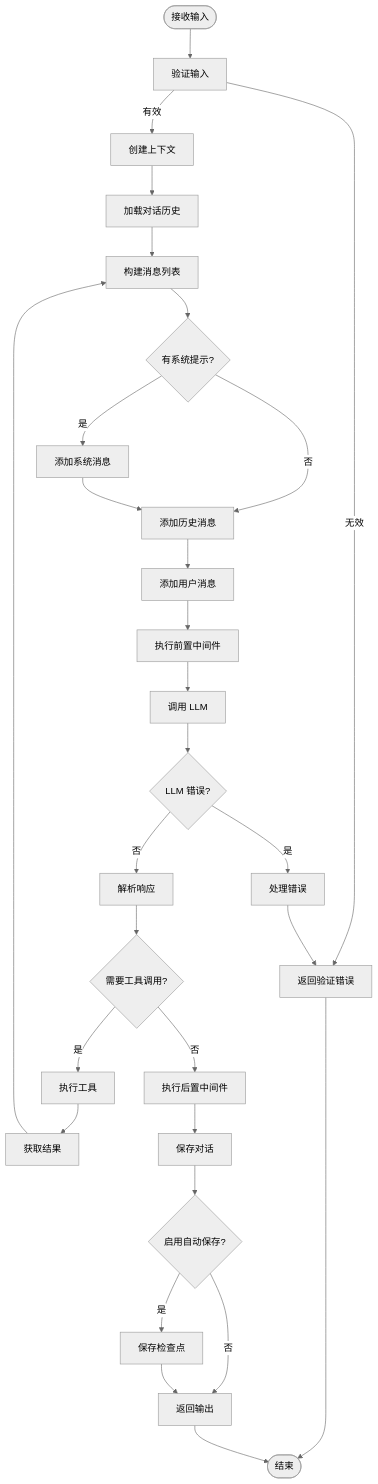
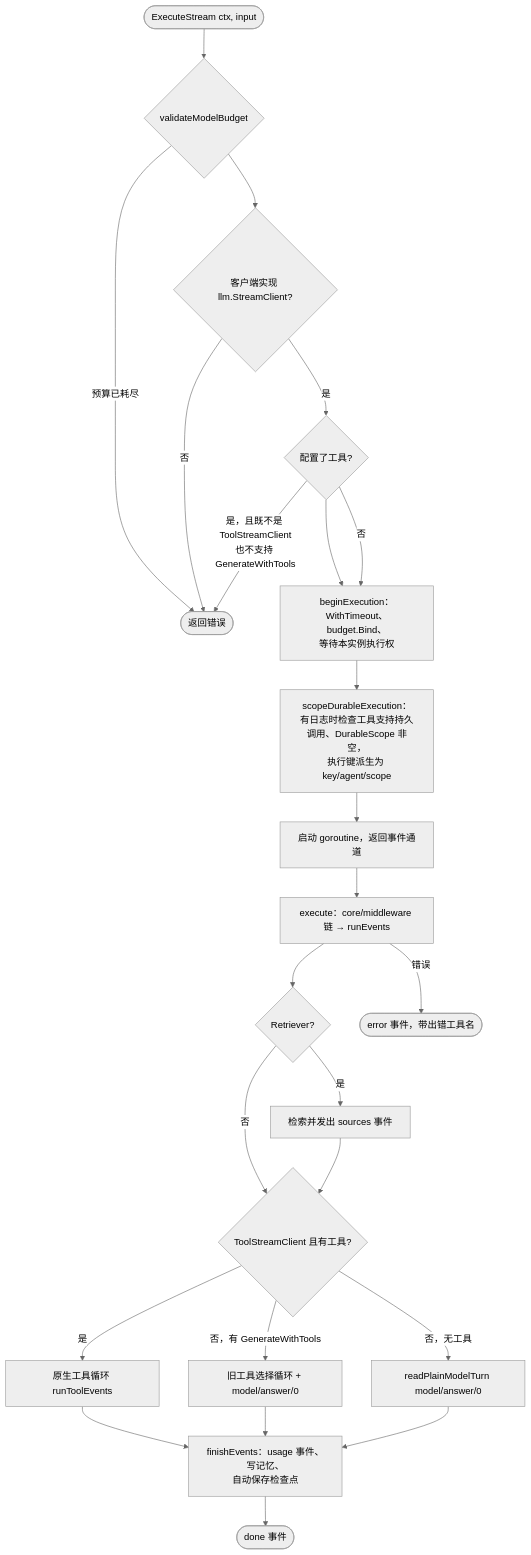
One commit to kart-io/goagent changed the first of 5 diagrams in docs/design/FLOW_DIAGRAMS.md. Above: the diagram before and after it, drawn with Mermaid (neutral theme). The commit also changed other lines of this file and 87 other files, not shown here.

````diff
--- a/docs/design/FLOW_DIAGRAMS.md
+++ b/docs/design/FLOW_DIAGRAMS.md
@@ -44,39 +9,26 @@
 ```mermaid
 flowchart TB
-    INPUT([接收输入]) --> VALIDATE[验证输入]
-    VALIDATE -->|无效| ERROR[返回验证错误]
-    VALIDATE -->|有效| CONTEXT[创建上下文]
-
-    CONTEXT --> LOAD_HISTORY[加载对话历史]
-    LOAD_HISTORY --> BUILD_MSG[构建消息列表]
-
-    BUILD_MSG --> ADD_SYSTEM{有系统提示?}
-    ADD_SYSTEM -->|是| SYSTEM[添加系统消息]
-    ADD_SYSTEM -->|否| HISTORY
-    SYSTEM --> HISTORY[添加历史消息]
-
-    HISTORY --> ADD_USER[添加用户消息]
-    ADD_USER --> MW_BEFORE[执行前置中间件]
-
-    MW_BEFORE --> LLM[调用 LLM]
-    LLM --> LLM_ERROR{LLM 错误?}
-    LLM_ERROR -->|是| HANDLE_ERROR[处理错误]
-    LLM_ERROR -->|否| PARSE[解析响应]
-
-    PARSE --> TOOL_CALL{需要工具调用?}
-    TOOL_CALL -->|是| EXEC_TOOL[执行工具]
-    EXEC_TOOL --> TOOL_RESULT[获取结果]
-    TOOL_RESULT --> BUILD_MSG
-
-    TOOL_CALL -->|否| MW_AFTER[执行后置中间件]
-    MW_AFTER --> SAVE_CONV[保存对话]
-
-    SAVE_CONV --> AUTO_SAVE{启用自动保存?}
-    AUTO_SAVE -->|是| CHECKPOINT[保存检查点]
-    AUTO_SAVE -->|否| OUTPUT
-    CHECKPOINT --> OUTPUT[返回输出]
-
-    HANDLE_ERROR --> ERROR
-    ERROR --> END([结束])
-    OUTPUT --> END
+    IN([ExecuteStream ctx, input]) --> BUDGET{validateModelBudget}
+    BUDGET -->|预算已耗尽| ERR([返回错误])
+    BUDGET --> SC{客户端实现 llm.StreamClient?}
+    SC -->|否| ERR
+    SC -->|是| TC{配置了工具?}
+    TC -->|是，且既不是 ToolStreamClient<br/>也不支持 GenerateWithTools| ERR
+    TC --> GATE[beginExecution：WithTimeout、budget.Bind、<br/>等待本实例执行权]
+    TC -->|否| GATE
+    GATE --> DUR[scopeDurableExecution：<br/>有日志时检查工具支持持久调用、DurableScope 非空，<br/>执行键派生为 key/agent/scope]
+    DUR --> GO[启动 goroutine，返回事件通道]
+    GO --> CHAIN[execute：core/middleware 链 → runEvents]
+    CHAIN --> RET{Retriever?}
+    RET -->|是| SRC[检索并发出 sources 事件]
+    RET -->|否| PATH
+    SRC --> PATH{ToolStreamClient 且有工具?}
+    PATH -->|是| LOOP[原生工具循环 runToolEvents]
+    PATH -->|否，有 GenerateWithTools| LEGACY[旧工具选择循环 + model/answer/0]
+    PATH -->|否，无工具| PLAIN[readPlainModelTurn model/answer/0]
+    LOOP --> FIN[finishEvents：usage 事件、写记忆、<br/>自动保存检查点]
+    LEGACY --> FIN
+    PLAIN --> FIN
+    FIN --> DONE([done 事件])
+    CHAIN -->|错误| ERRE([error 事件，带出错工具名])
 ```
````
